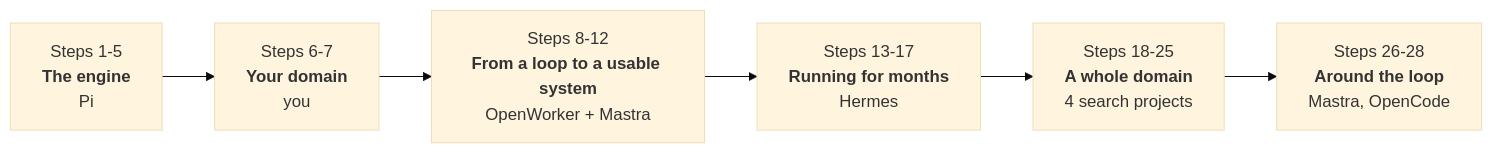
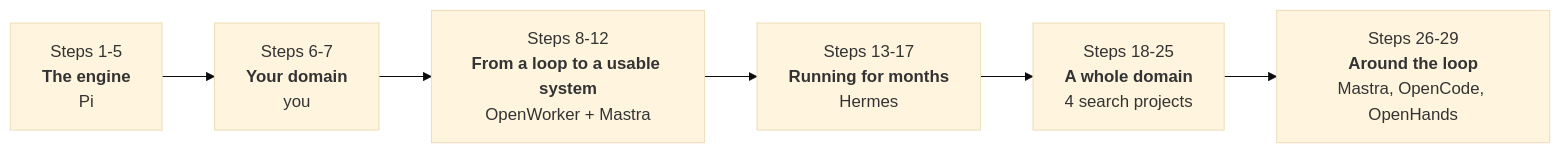
Before and after one commit to whereissam/learn-agent-engineering-from-production: the second of 2 diagrams in README.md, drawn with Mermaid (base theme). The commit also changed other lines of this file and 2 other files, not shown here.

First line of the commit message:
docs: 29 steps, the evidence branch closed, and boundaries next

````diff
--- a/README.md
+++ b/README.md
@@ -70,8 +70,8 @@
 ```mermaid
 flowchart LR
     P1["Steps 1-5<br/><b>The engine</b><br/>Pi"] --> P2["Steps 6-7<br/><b>Your domain</b><br/>you"]
     P2 --> P3["Steps 8-12<br/><b>From a loop to a usable system</b><br/>OpenWorker + Mastra"]
     P3 --> P4["Steps 13-17<br/><b>Running for months</b><br/>Hermes"]
     P4 --> P5["Steps 18-25<br/><b>A whole domain</b><br/>4 search projects"]
-    P5 --> P6["Steps 26-28<br/><b>Around the loop</b><br/>Mastra, OpenCode"]
+    P5 --> P6["Steps 26-29<br/><b>Around the loop</b><br/>Mastra, OpenCode, OpenHands"]
 ```
````
